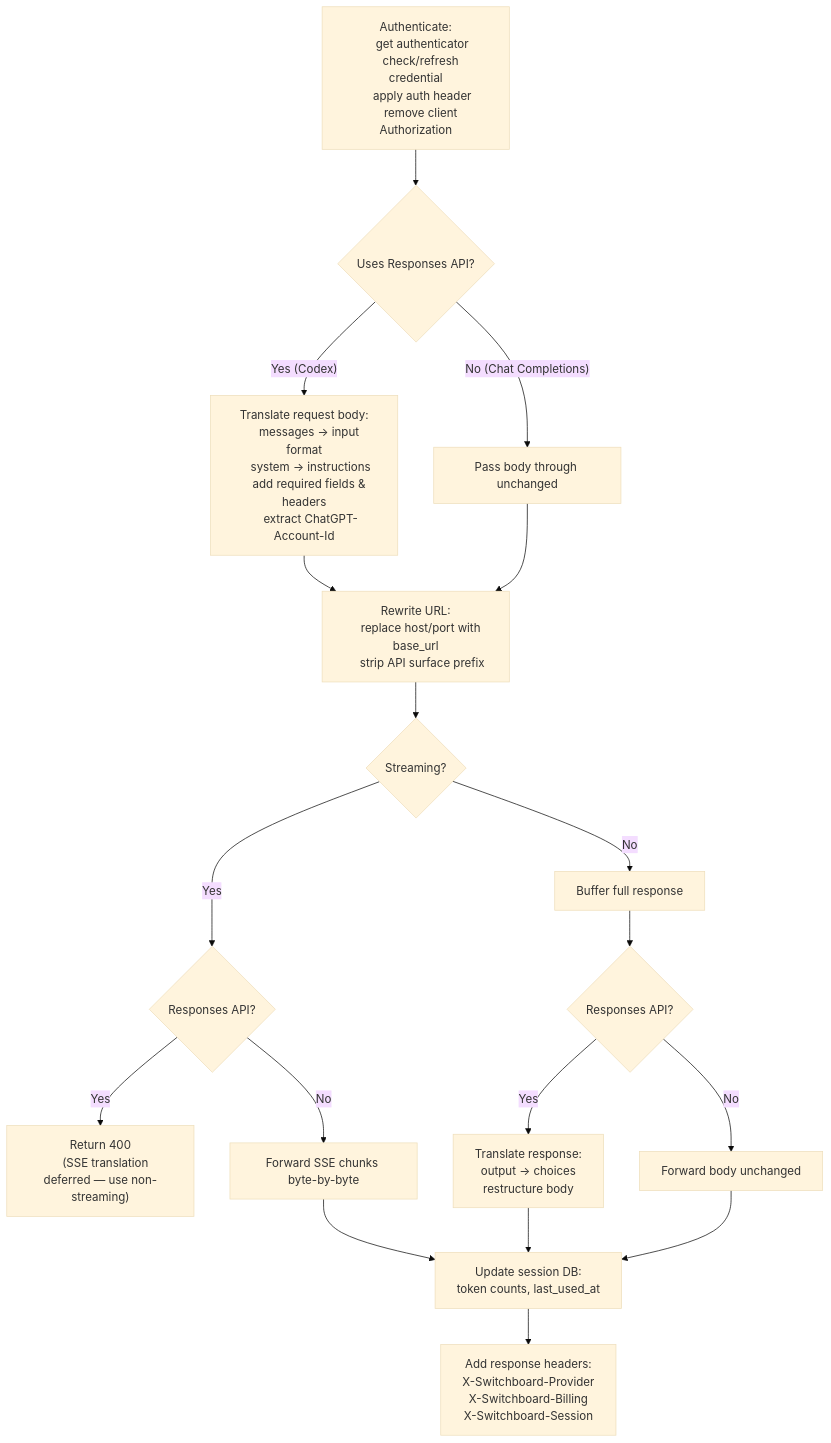
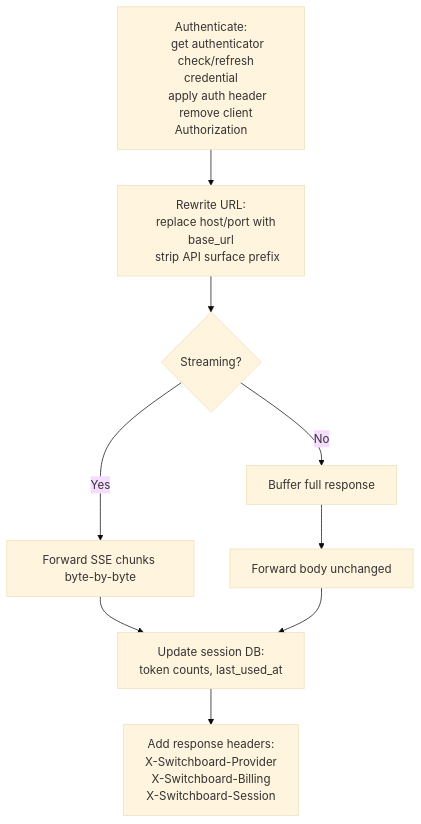
One commit to throwparty/agentkit changed the fifth of 6 diagrams in adrs/2026-06-14-switchboard/spec.md. Above: the diagram before and after it, drawn with Mermaid (base theme). The commit also changed other lines of this file and 7 other files, not shown here.

````diff
--- a/adrs/2026-06-14-switchboard/spec.md
+++ b/adrs/2026-06-14-switchboard/spec.md
@@ -794,46 +795,28 @@
 ```mermaid
 flowchart TD
     Auth["Authenticate:
     get authenticator
     check/refresh credential
     apply auth header
     remove client Authorization"]
 
-    Auth --> Surface{"Uses Responses API?"}
-
-    Surface -- "Yes (Codex)" --> Translate["Translate request body:
-    messages → input format
-    system → instructions
-    add required fields & headers
-    extract ChatGPT-Account-Id"]
-    Surface -- "No (Chat Completions)" --> Passthrough["Pass body through unchanged"]
-
-    Translate --> Rewrite["Rewrite URL:
+    Auth --> Rewrite["Rewrite URL:
     replace host/port with base_url
     strip API surface prefix"]
-    Passthrough --> Rewrite
 
     Rewrite --> Streaming{"Streaming?"}
 
-    Streaming -- "Yes" --> RespStream{"Responses API?"}
-    RespStream -- "Yes" --> Deferred["Return 400
-    (SSE translation deferred — use non-streaming)"]
-    RespStream -- "No" --> SSE["Forward SSE chunks byte-by-byte"]
+    Streaming -- "Yes" --> SSE["Forward SSE chunks byte-by-byte"]
 
     Streaming -- "No" --> Buffer["Buffer full response"]
-    Buffer --> RespBuffer{"Responses API?"}
-    RespBuffer -- "Yes" --> TranslateResp["Translate response:
-    output → choices
-    restructure body"]
-    RespBuffer -- "No" --> ForwardBody["Forward body unchanged"]
+    Buffer --> ForwardBody["Forward body unchanged"]
 
     SSE --> Update["Update session DB:
     token counts, last_used_at"]
-    TranslateResp --> Update
     ForwardBody --> Update
 
     Update --> Headers["Add response headers:
     X-Switchboard-Provider
     X-Switchboard-Billing
     X-Switchboard-Session"]
 ```
````
